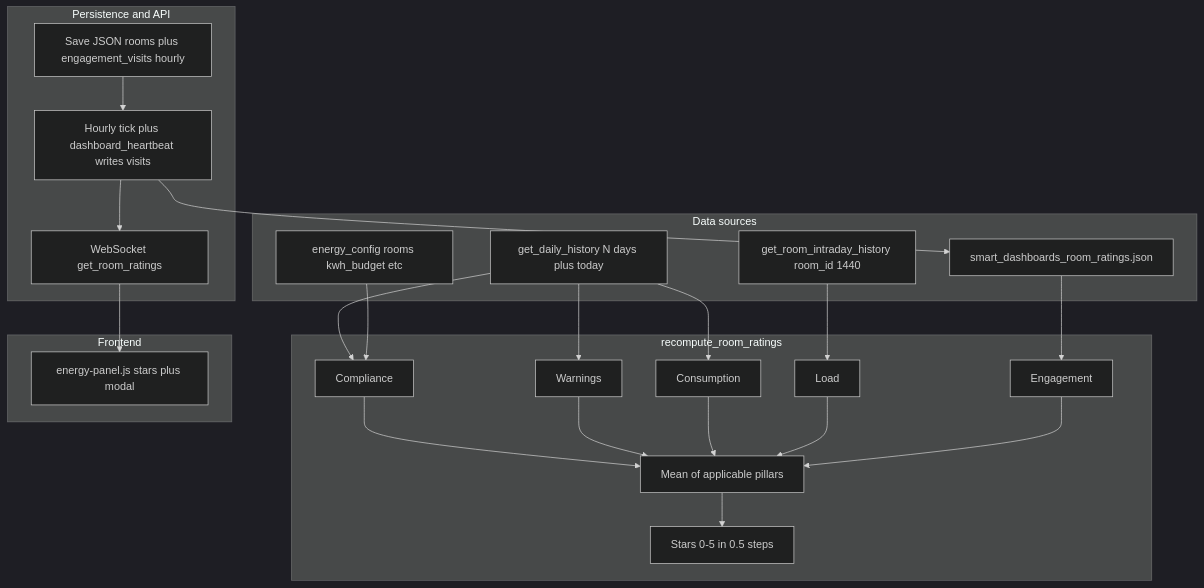
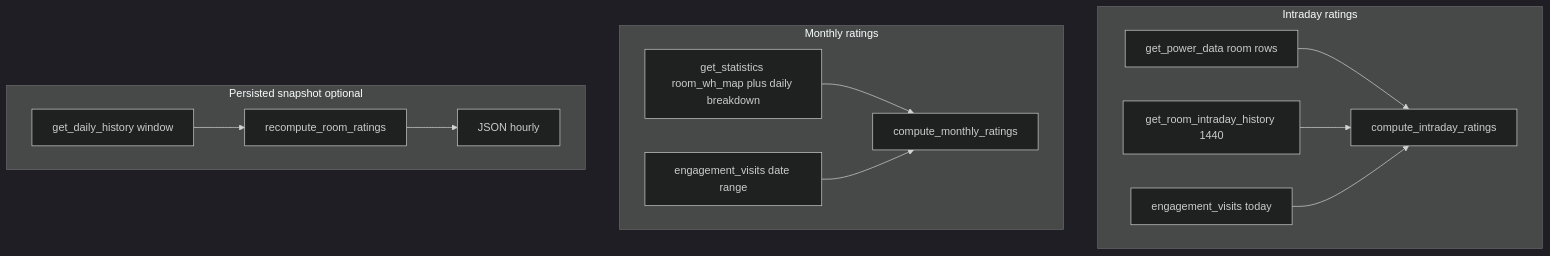
The first of 2 diagrams in Agent-Files/room-efficiency-rating-reference.md (zodyking/Home-Energy), drawn with Mermaid (dark theme) before and after one commit. The commit also changed other lines of this file and 5 other files, not shown here.

First line of the commit message:
feat(smart_dashboards): ratings split, kWh sync, hourly charts, digest tips

````diff
--- a/Agent-Files/room-efficiency-rating-reference.md
+++ b/Agent-Files/room-efficiency-rating-reference.md
@@ -13,42 +26,26 @@
 ```mermaid
 flowchart TB
-  subgraph sources [Data sources]
-    DH[get_daily_history N days plus today]
-    IH[get_room_intraday_history room_id 1440]
-    JSON[smart_dashboards_room_ratings.json]
-    CFG[energy_config rooms kwh_budget etc]
+  subgraph intraday [Intraday ratings]
+    PD[get_power_data room rows]
+    IH[get_room_intraday_history 1440]
+    JSON1[engagement_visits today]
+    CI[compute_intraday_ratings]
   end
-  subgraph compute [recompute_room_ratings]
-    P1[Compliance]
-    P2[Warnings]
-    P3[Consumption]
-    P4[Load]
-    P5[Engagement]
-    AVG[Mean of applicable pillars]
-    STARS[Stars 0-5 in 0.5 steps]
+  subgraph monthly [Monthly ratings]
+    ST[get_statistics room_wh_map plus daily breakdown]
+    JSON2[engagement_visits date range]
+    CM[compute_monthly_ratings]
   end
-  subgraph persist [Persistence and API]
-    SAVE[Save JSON rooms plus engagement_visits hourly]
-    WS[WebSocket get_room_ratings]
-    HR[Hourly tick plus dashboard_heartbeat writes visits]
+  subgraph legacy [Persisted snapshot optional]
+    DH[get_daily_history window]
+    RC[recompute_room_ratings]
+    SAVE[JSON hourly]
   end
-  subgraph ui [Frontend]
-    PANEL[energy-panel.js stars plus modal]
-  end
-  DH --> P1
-  DH --> P2
-  DH --> P3
-  CFG --> P1
-  IH --> P4
-  JSON --> P5
-  HR --> JSON
-  P1 --> AVG
-  P2 --> AVG
-  P3 --> AVG
-  P4 --> AVG
-  P5 --> AVG
-  AVG --> STARS
-  SAVE --> HR
-  HR --> WS
-  WS --> PANEL
+  PD --> CI
+  IH --> CI
+  JSON1 --> CI
+  ST --> CM
+  JSON2 --> CM
+  DH --> RC
+  RC --> SAVE
 ```
````
